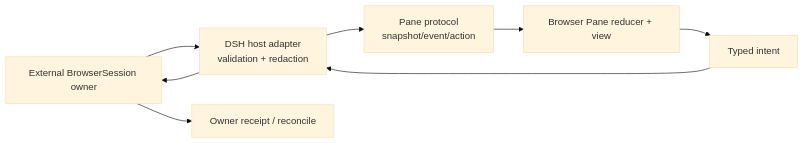
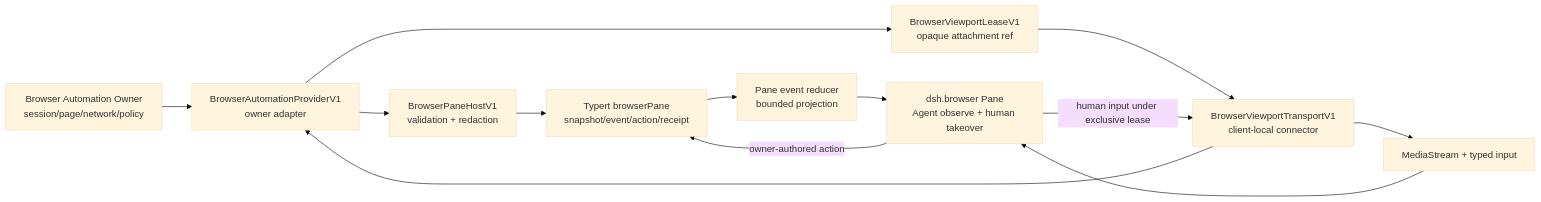
The diagram in openspec/changes/dsh-browser-pane-v1/design.md (yeisme/harness-plugins), drawn with Mermaid (base theme) before and after one commit. The commit also changed other lines of this file and 29 other files, not shown here.

Commit message:
chore(openspec): archive dsh-personal-radar-pane-v1 (15/15) + merge spec delta

````diff
--- a/openspec/changes/dsh-browser-pane-v1/design.md
+++ b/openspec/changes/dsh-browser-pane-v1/design.md
@@ -23,10 +43,18 @@
 ```mermaid
 flowchart LR
-  PROVIDER[External BrowserSession owner] --> HOST[DSH host adapter\nvalidation + redaction]
-  HOST --> PROTOCOL[Pane protocol\nsnapshot/event/action]
-  PROTOCOL --> CLIENT[Browser Pane reducer + view]
-  CLIENT --> INTENT[Typed intent]
-  INTENT --> HOST
-  HOST --> PROVIDER
-  PROVIDER --> RECEIPT[Owner receipt / reconcile]
+  OWNER["Browser Automation Owner\nsession/page/network/policy"]
+  PROVIDER["BrowserAutomationProviderV1\nowner adapter"]
+  HOST["BrowserPaneHostV1\nvalidation + redaction"]
+  EVENTS["Typert browserPane\nsnapshot/event/action/receipt"]
+  REDUCER["Pane event reducer\nbounded projection"]
+  VIEW["dsh.browser Pane\nAgent observe + human takeover"]
+  LEASE["BrowserViewportLeaseV1\nopaque attachment ref"]
+  TRANSPORT["BrowserViewportTransportV1\nclient-local connector"]
+  STREAM["MediaStream + typed input"]
+
+  OWNER --> PROVIDER --> HOST --> EVENTS --> REDUCER --> VIEW
+  PROVIDER --> LEASE --> TRANSPORT --> STREAM --> VIEW
+  VIEW -->|owner-authored action| EVENTS
+  VIEW -->|human input under exclusive lease| TRANSPORT
+  TRANSPORT --> PROVIDER
 ```
````
